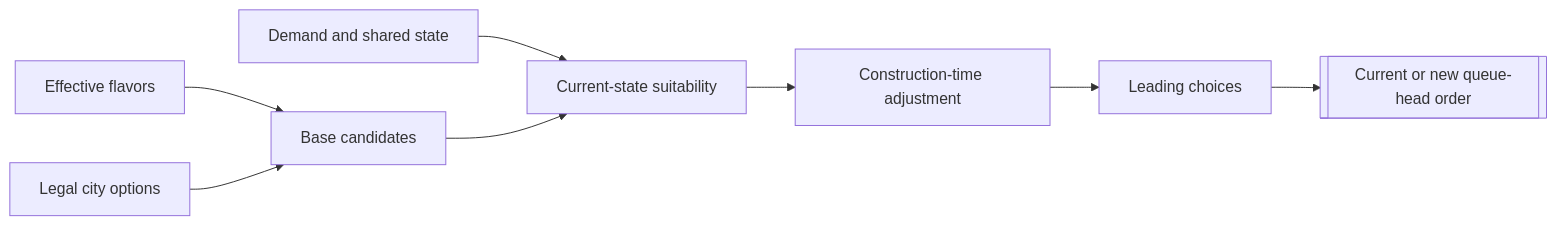
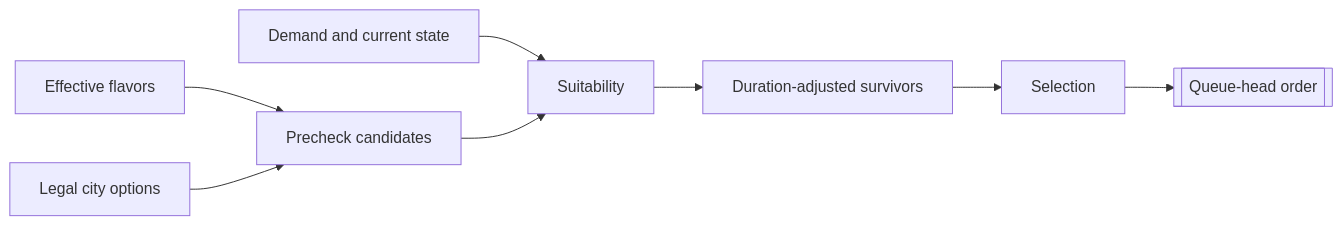
The diagram in docs/developers/civ5-dll/unit-ai/production.md (vox-deorum/vox-deorum), drawn with Mermaid before and after one commit. The commit also changed other lines of this file and 12 other files, not shown here.

````diff
--- a/docs/developers/civ5-dll/unit-ai/production.md
+++ b/docs/developers/civ5-dll/unit-ai/production.md
@@ -9,19 +11,10 @@
 ```mermaid
 flowchart LR
-    F[Effective flavors]
-    D[Demand and shared state]
-    L[Legal city options]
-    B[Base candidates]
-    S[Current-state suitability]
-    T[Construction-time adjustment]
-    C[Leading choices]
-    O[[Current or new queue-head order]]
-
-    F --> B
-    L --> B
-    D --> S
+    F[Effective flavors] --> B[Precheck candidates]
+    L[Legal city options] --> B
+    D[Demand and current state] --> S[Suitability]
     B --> S
-    S --> T
-    T --> C
-    C --> O
+    S --> T[Duration-adjusted survivors]
+    T --> C[Selection]
+    C --> O[[Queue-head order]]
 ```
````
